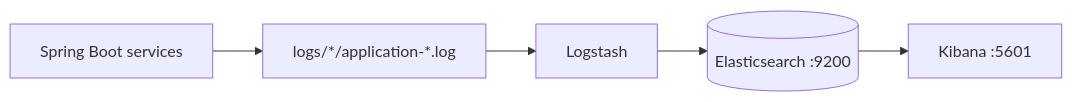
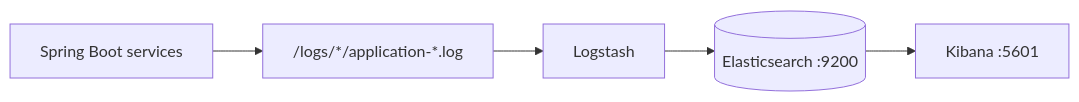
The third of 3 diagrams in README.md (shubhgaur37/eCommerce), drawn with Mermaid before and after one commit. The commit also changed other lines of this file, not shown here.

````diff
--- a/README.md
+++ b/README.md
@@ -266,7 +244,7 @@
 ```mermaid
 flowchart LR
-    services[Spring Boot services] --> files[logs/*/application-*.log]
-    files --> logstash[Logstash]
-    logstash --> elasticsearch[(Elasticsearch :9200)]
-    elasticsearch --> kibana[Kibana :5601]
+    services["Spring Boot services"] --> logs["/logs/*/application-*.log"]
+    logs --> logstash["Logstash"]
+    logstash --> elasticsearch[("Elasticsearch :9200")]
+    elasticsearch --> kibana["Kibana :5601"]
 ```
````
